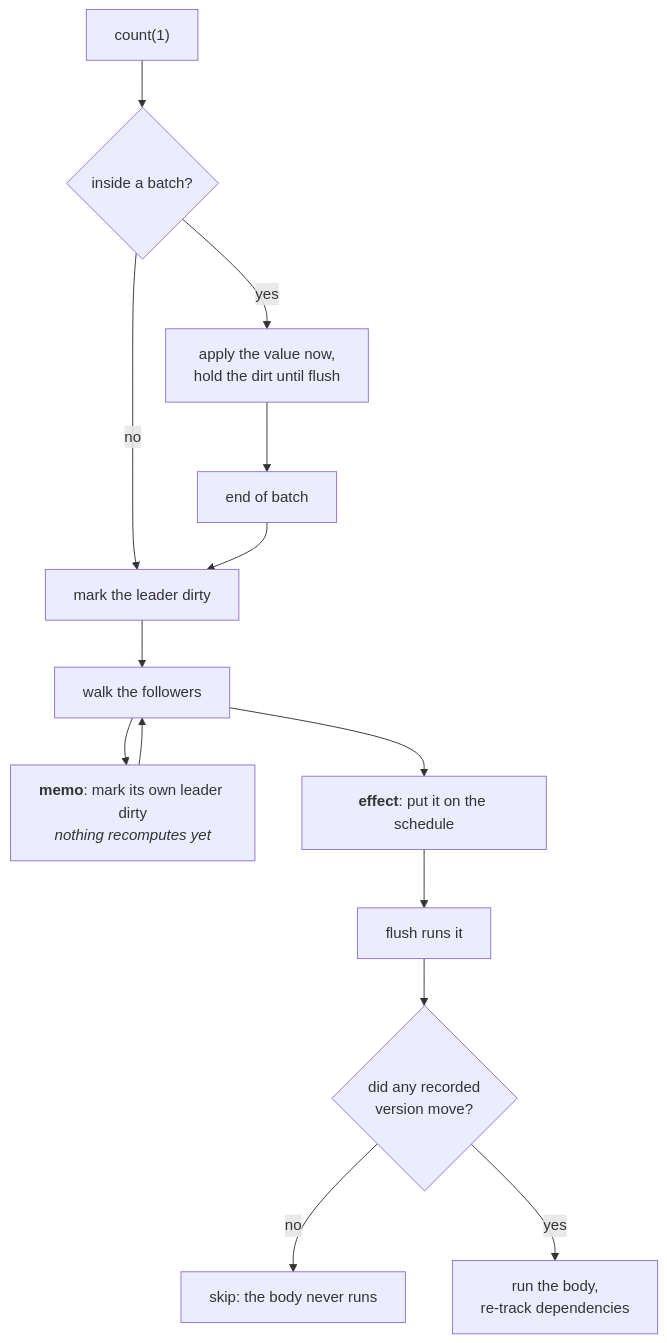
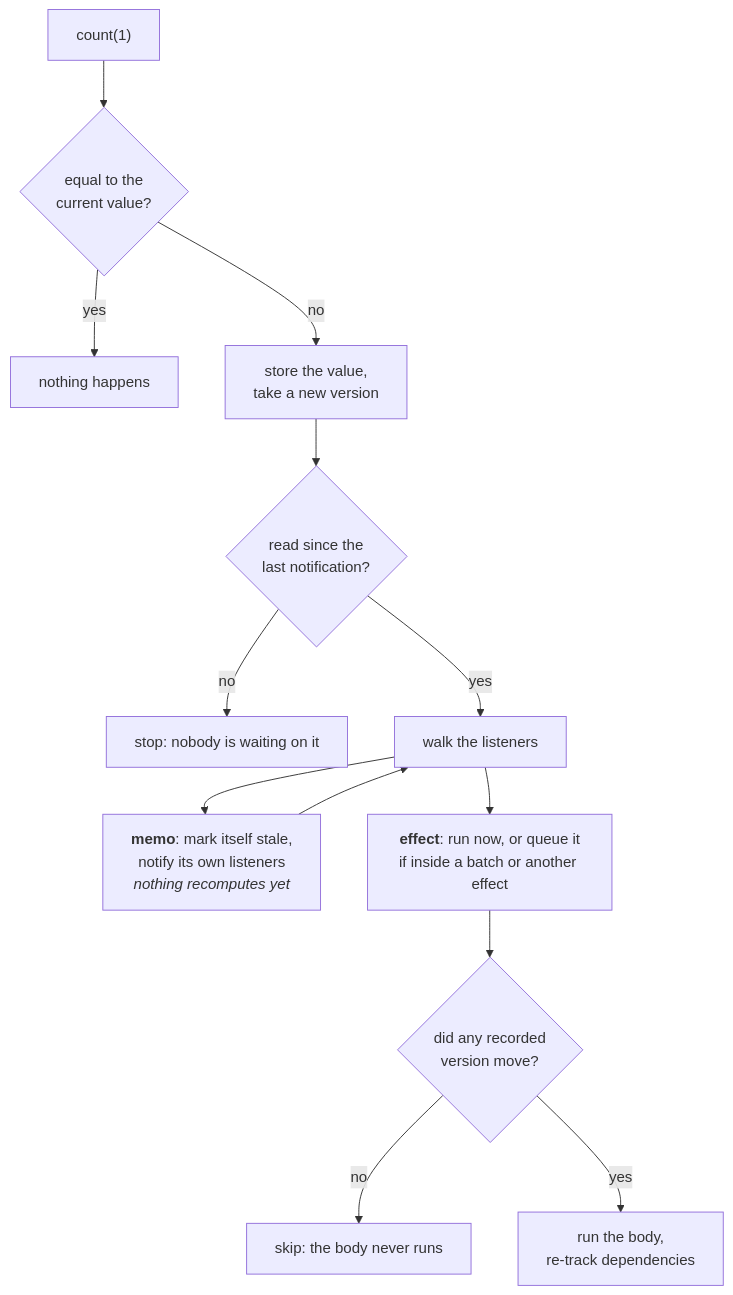
One commit to Lenic/signal-engine changed the second of 2 diagrams in README.md. Above: the diagram before and after it, drawn with Mermaid. The commit also changed other lines of this file and 57 other files, not shown here.

````diff
--- a/README.md
+++ b/README.md
@@ -234,16 +265,15 @@
 ```mermaid
 flowchart TD
-    W["count(1)"] --> B{"inside a batch?"}
-    B -->|no| M["mark the leader dirty"]
-    B -->|yes| Q["apply the value now,<br>hold the dirt until flush"]
-    Q --> FL["end of batch"]
-    FL --> M
-    M --> P["walk the followers"]
-    P --> MEMO["<b>memo</b>: mark its own leader dirty<br><i>nothing recomputes yet</i>"]
-    P --> EFF["<b>effect</b>: put it on the schedule"]
+    W["count(1)"] --> EQ{"equal to the<br>current value?"}
+    EQ -->|yes| NOP["nothing happens"]
+    EQ -->|no| V["store the value,<br>take a new version"]
+    V --> RD{"read since the<br>last notification?"}
+    RD -->|no| DONE["stop: nobody is waiting on it"]
+    RD -->|yes| P["walk the listeners"]
+    P --> MEMO["<b>memo</b>: mark itself stale,<br>notify its own listeners<br><i>nothing recomputes yet</i>"]
+    P --> EFF["<b>effect</b>: run now, or queue it<br>if inside a batch or another effect"]
     MEMO --> P
-    EFF --> RUN["flush runs it"]
-    RUN --> CHK{"did any recorded<br>version move?"}
+    EFF --> CHK{"did any recorded<br>version move?"}
     CHK -->|no| SKIP["skip: the body never runs"]
     CHK -->|yes| GO["run the body,<br>re-track dependencies"]
 ```
````
